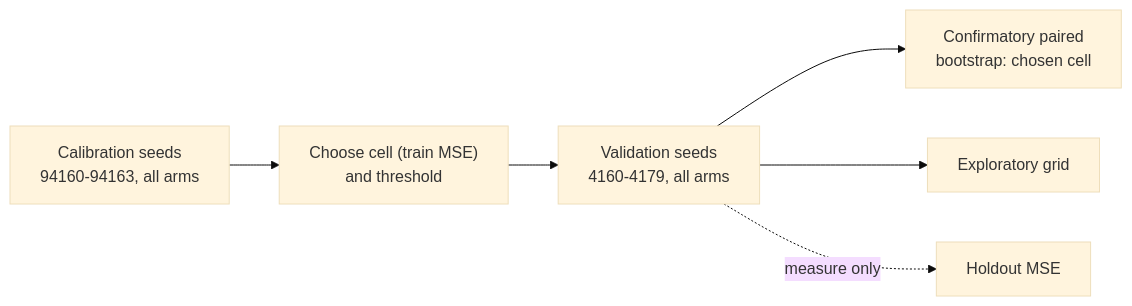
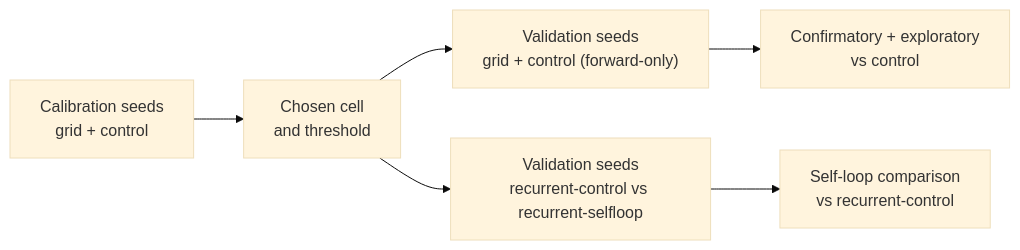
One commit to stSoftwareAU/NEAT-AI changed the diagram in docs/archive/pr-summaries/pr-summary-4160.md. Above: the diagram before and after it, drawn with Mermaid (base theme). The commit also changed other lines of this file, not shown here.

````diff
--- a/docs/archive/pr-summaries/pr-summary-4160.md
+++ b/docs/archive/pr-summaries/pr-summary-4160.md
@@ -93,8 +79,8 @@
 ```mermaid
 flowchart LR
-    C["Calibration seeds<br/>94160-94163, all arms"] --> S["Choose cell (train MSE)<br/>and threshold"]
-    S --> V["Validation seeds<br/>4160-4179, all arms"]
-    V --> T["Confirmatory paired<br/>bootstrap: chosen cell"]
-    V --> E["Exploratory grid"]
-    V -.->|measure only| H["Holdout MSE"]
+    C["Calibration seeds<br/>grid + control"] --> S["Chosen cell<br/>and threshold"]
+    S --> V["Validation seeds<br/>grid + control (forward-only)"]
+    S --> R["Validation seeds<br/>recurrent-control vs recurrent-selfloop"]
+    V --> T["Confirmatory + exploratory<br/>vs control"]
+    R --> L["Self-loop comparison<br/>vs recurrent-control"]
 ```
````
